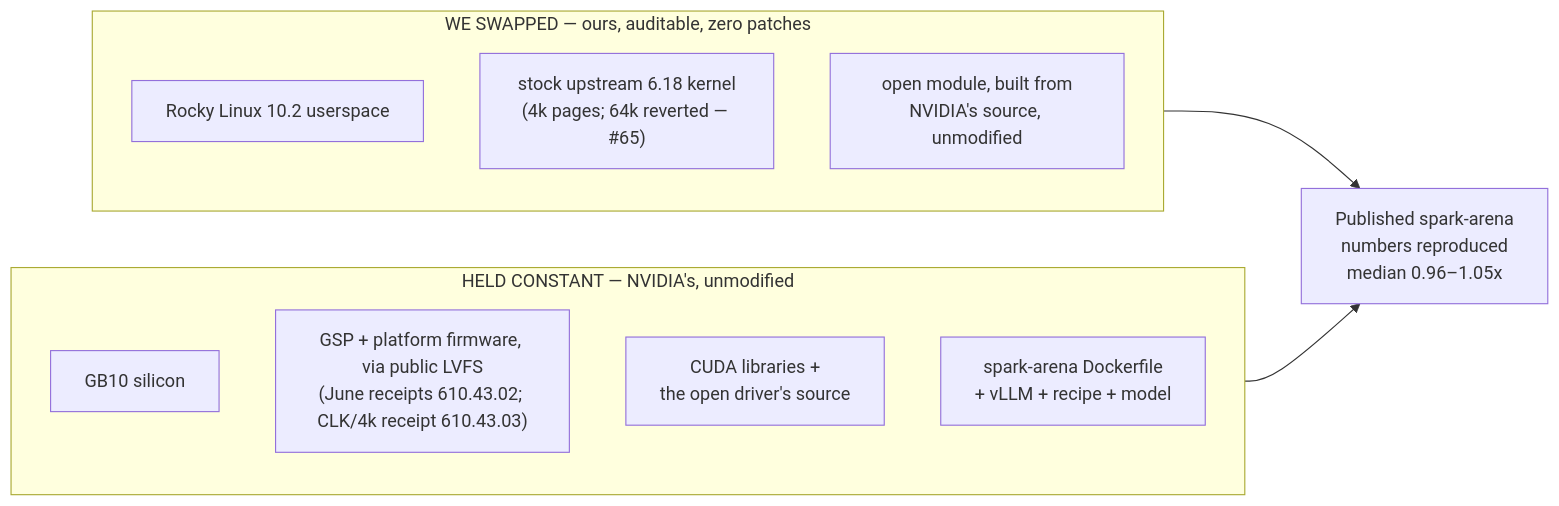
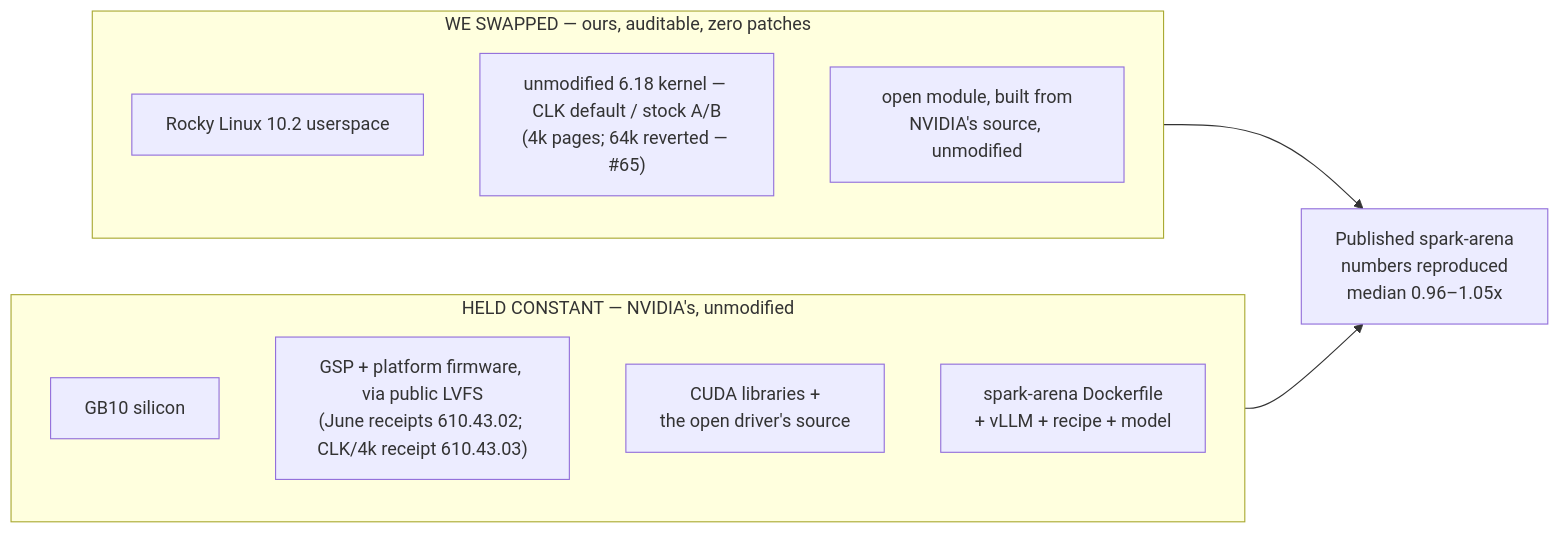
The diagram in docs/benchmark/proof.md (maxspevack/spark-rocky), drawn with Mermaid before and after one commit. The commit also changed 16 other files, not shown here.

````diff
--- a/docs/benchmark/proof.md
+++ b/docs/benchmark/proof.md
@@ -28,18 +28,18 @@
 ```mermaid
 graph LR
     subgraph held["HELD CONSTANT — NVIDIA's, unmodified"]
         direction TB
         A["GB10 silicon"]
         B["GSP + platform firmware, via public LVFS<br/>(June receipts 610.43.02; CLK/4k receipt 610.43.03)"]
         C["CUDA libraries +<br/>the open driver's source"]
         D["spark-arena Dockerfile<br/>+ vLLM + recipe + model"]
     end
     subgraph swapped["WE SWAPPED — ours, auditable, zero patches"]
         direction TB
         E["Rocky Linux 10.2 userspace"]
-        F["stock upstream 6.18 kernel<br/>(4k pages; 64k reverted — #65)"]
+        F["unmodified 6.18 kernel — CLK default / stock A/B<br/>(4k pages; 64k reverted — #65)"]
         G["open module, built from<br/>NVIDIA's source, unmodified"]
     end
     swapped --> R["Published spark-arena<br/>numbers reproduced<br/>median 0.96–1.05x"]
     held --> R
 ```
````
